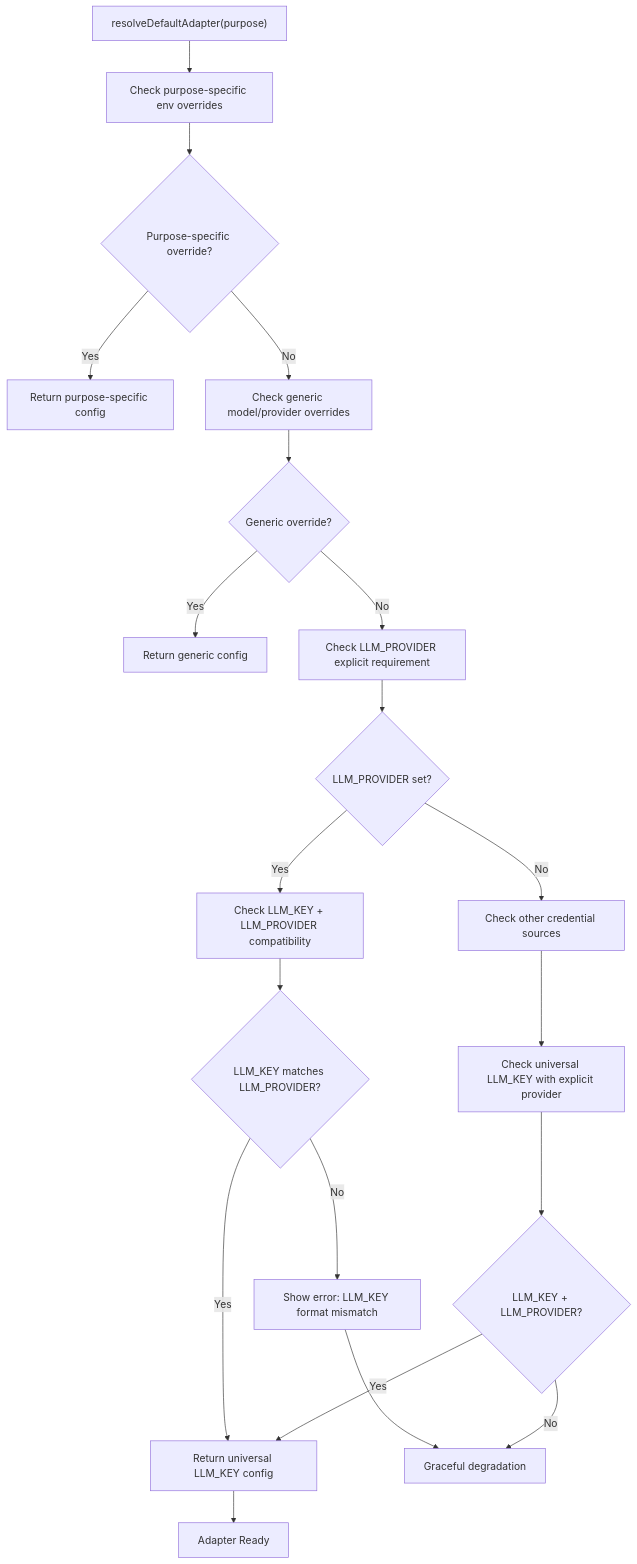
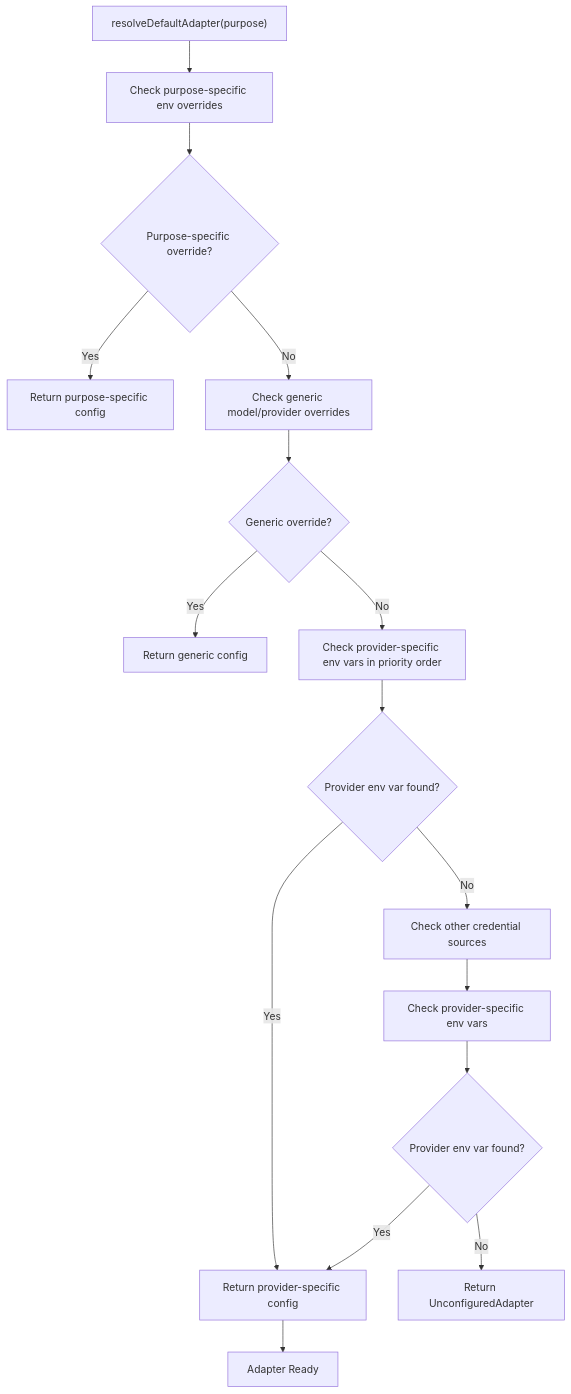
One commit to shekhargiri005-dotcom/AI-powered-accessibility-first-UI-engine changed the sixth of 11 diagrams in .qoder/repowiki/en/content/AI Generation Engine/AI Provider Adapters/Configuration & Authentication Management.md. Above: the diagram before and after it, drawn with Mermaid. The commit also changed other lines of this file and 71 other files, not shown here.

````diff
--- a/.qoder/repowiki/en/content/AI Generation Engine/AI Provider Adapters/Configuration & Authentication Management.md
+++ b/.qoder/repowiki/en/content/AI Generation Engine/AI Provider Adapters/Configuration & Authentication Management.md
@@ -255,22 +239,18 @@
 ```mermaid
 flowchart TD
 A["resolveDefaultAdapter(purpose)"] --> B["Check purpose-specific env overrides"]
 B --> C{"Purpose-specific override?"}
 C --> |Yes| D["Return purpose-specific config"]
 C --> |No| E["Check generic model/provider overrides"]
 E --> F{"Generic override?"}
 F --> |Yes| G["Return generic config"]
-F --> |No| H["Check LLM_PROVIDER explicit requirement"]
-H --> I{"LLM_PROVIDER set?"}
-I --> |Yes| J["Check LLM_KEY + LLM_PROVIDER compatibility"]
-J --> K{"LLM_KEY matches LLM_PROVIDER?"}
-K --> |Yes| L["Return universal LLM_KEY config"]
-K --> |No| M["Show error: LLM_KEY format mismatch"]
-I --> |No| N["Check other credential sources"]
-L --> O["Adapter Ready"]
-M --> P["Graceful degradation"]
-N --> Q["Check universal LLM_KEY with explicit provider"]
-Q --> R{"LLM_KEY + LLM_PROVIDER?"}
-R --> |Yes| L
-R --> |No| P
+F --> |No| H["Check provider-specific env vars in priority order"]
+H --> I{"Provider env var found?"}
+I --> |Yes| J["Return provider-specific config"]
+I --> |No| K["Check other credential sources"]
+J --> L["Adapter Ready"]
+K --> M["Check provider-specific env vars"]
+M --> N{"Provider env var found?"}
+N --> |Yes| J
+N --> |No| O["Return UnconfiguredAdapter"]
 ```
````
